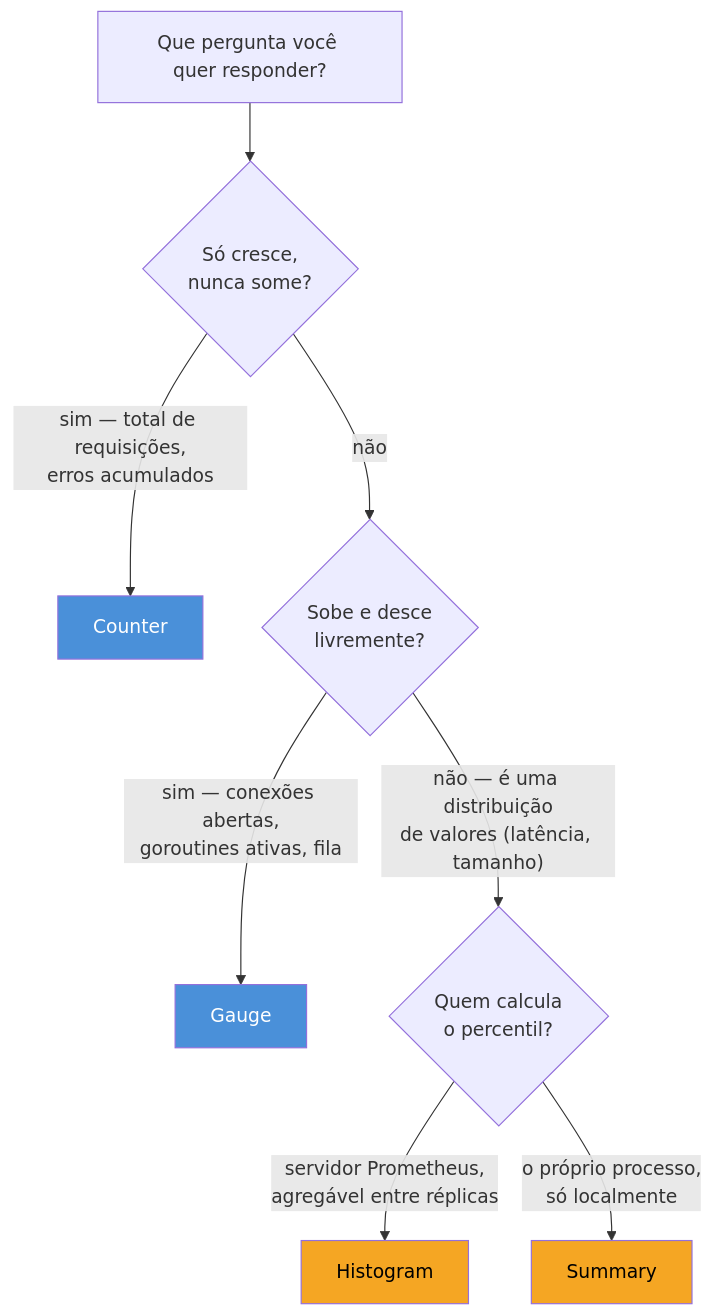
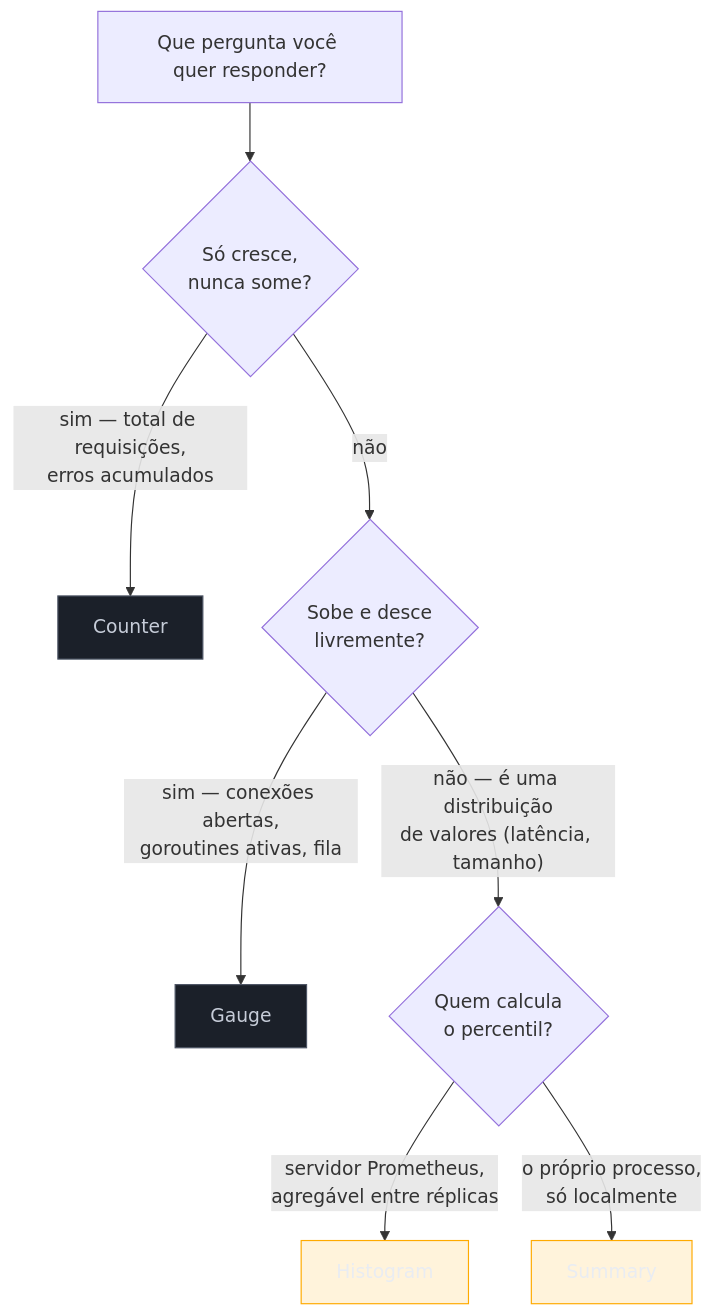
One commit to josenaldo/codex-technomanticus changed the second of 3 diagrams in 03-Dominios/Tecnologia/Go/16 - Observabilidade/05 - Métricas com Prometheus.md. Above: the diagram before and after it, drawn with Mermaid. The commit also changed other lines of this file and 1181 other files, not shown here.

First line of the commit message:
fix(diagramas): paleta do sistema no lugar de cor cravada no markdown

````diff
--- a/03-Dominios/Tecnologia/Go/16 - Observabilidade/05 - Métricas com Prometheus.md
+++ b/03-Dominios/Tecnologia/Go/16 - Observabilidade/05 - Métricas com Prometheus.md
@@ -61,15 +61,17 @@
 ```mermaid
 flowchart TD
+    classDef neutro fill:#1B2029,stroke:#4E5666,color:#C6CCD8
+    classDef destaque fill:#FFAA0024,stroke:#FFAA00,color:#E9ECF2
     Q["Que pergunta você quer responder?"] --> C{"Só cresce,\nnunca some?"}
     C -->|"sim — total de requisições,\nerros acumulados"| Counter["Counter"]
     C -->|"não"| G{"Sobe e desce\nlivremente?"}
     G -->|"sim — conexões abertas,\ngoroutines ativas, fila"| Gauge["Gauge"]
     G -->|"não — é uma distribuição\nde valores (latência, tamanho)"| D{"Quem calcula\no percentil?"}
     D -->|"servidor Prometheus,\nagregável entre réplicas"| Histogram["Histogram"]
     D -->|"o próprio processo,\nsó localmente"| Summary["Summary"]
 
-    style Counter fill:#4A90D9,color:#fff
-    style Gauge fill:#4A90D9,color:#fff
-    style Histogram fill:#F5A623,color:#000
-    style Summary fill:#F5A623,color:#000
+    class Counter neutro
+    class Gauge neutro
+    class Histogram destaque
+    class Summary destaque
 ```
````
